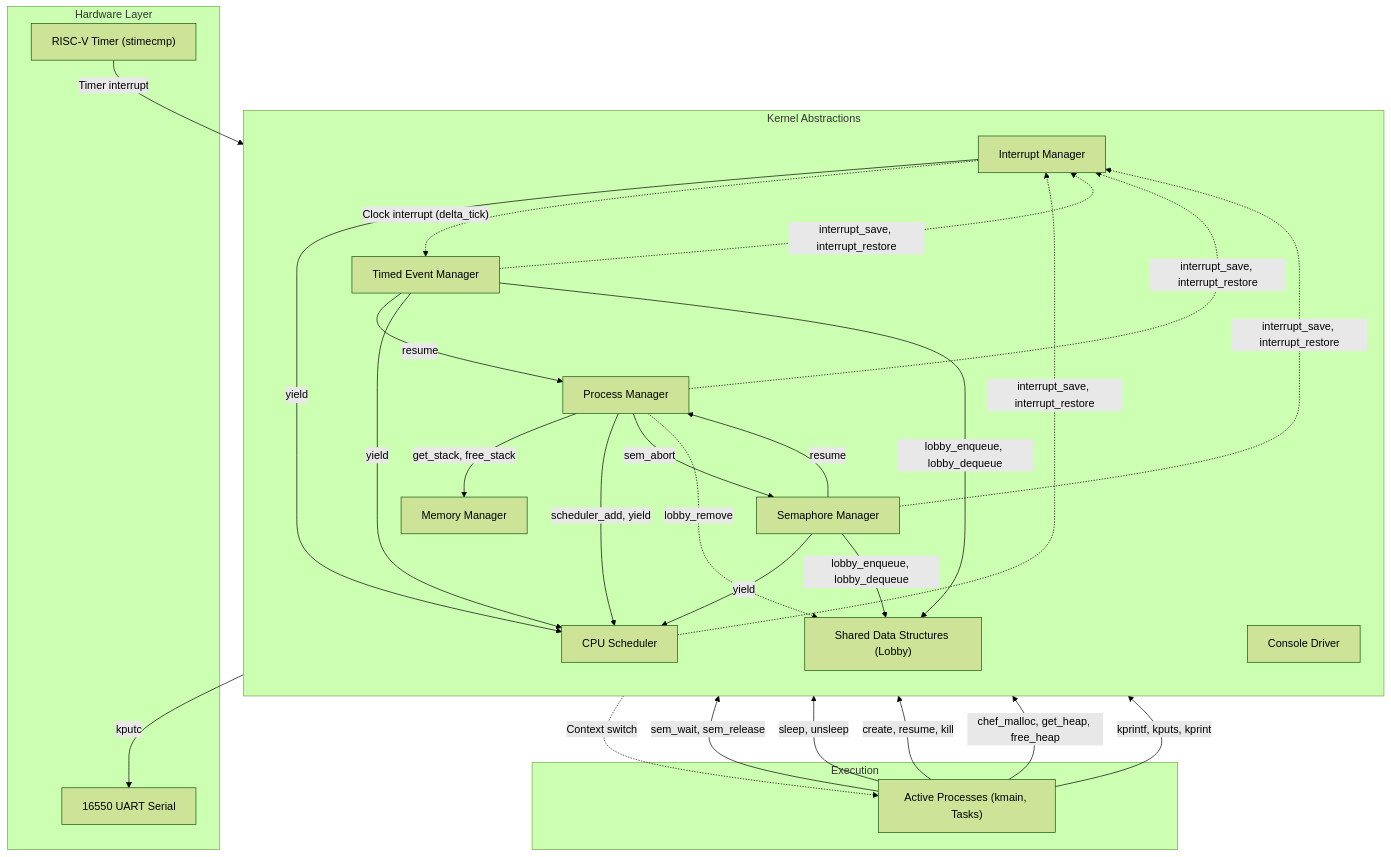
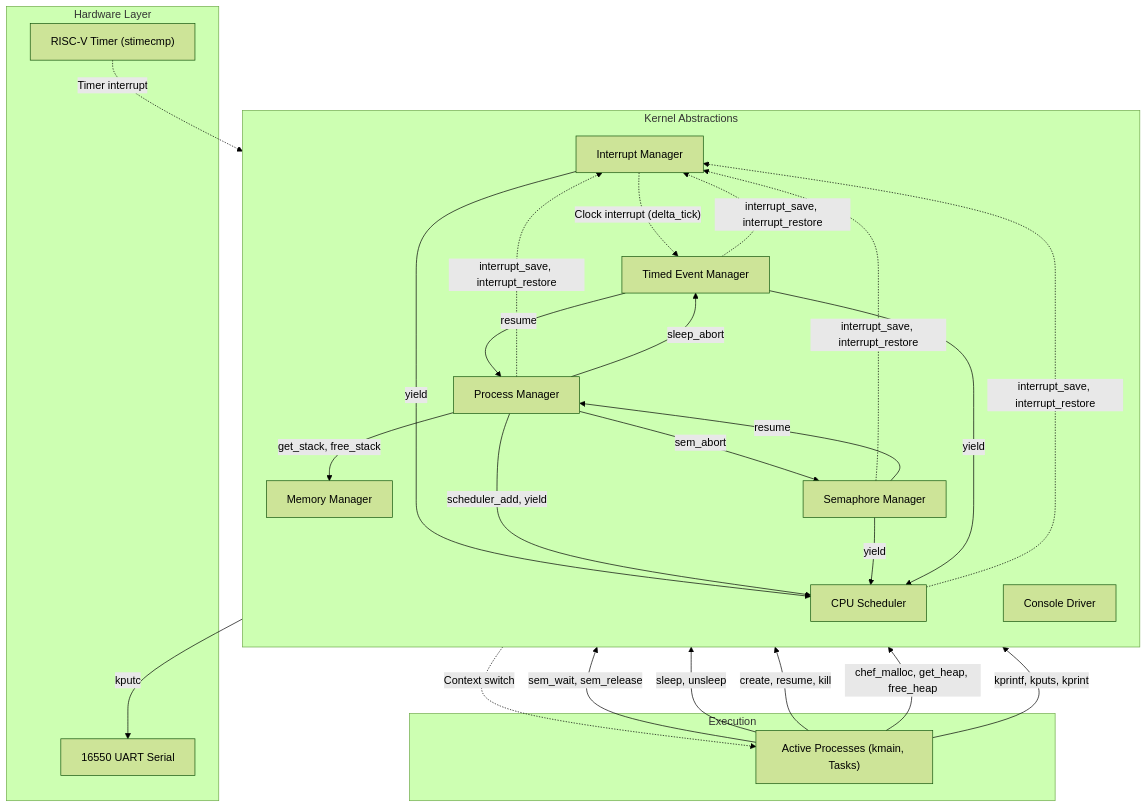
Before and after one commit to AtesIsf/Rio: the diagram in README.md, drawn with Mermaid (forest theme). The commit also changed other lines of this file, not shown here.

````diff
--- a/README.md
+++ b/README.md
@@ -194,61 +173,56 @@
 ```mermaid
 flowchart TD
     subgraph Hardware ["Hardware Layer"]
         HW_TIMER["RISC-V Timer (stimecmp)"]
         HW_UART["16550 UART Serial"]
     end
 
     subgraph Core ["Kernel Abstractions"]
         direction TB
         MEM["Memory Manager"]
         PROC["Process Manager"]
         INT["Interrupt Manager"]
         SCHED["CPU Scheduler"]
         SEM["Semaphore Manager"]
         TIMED["Timed Event Manager"]
         CONSOLE["Console Driver"]
-        DS["Shared Data Structures (Lobby)"]
     end
 
     subgraph Exec ["Execution"]
         TASKS["Active Processes (kmain, Tasks)"]
     end
 
     %% Preemption & Scheduling
-    HW_TIMER -->|"Timer interrupt"| INT
+    HW_TIMER -.->|"Timer interrupt"| INT
     INT -->|"yield"| SCHED
     SCHED -.->|"Context switch"| TASKS
 
     %% Concurrency & Critical Sections
     SCHED -.->|"interrupt_save, interrupt_restore"| INT
     PROC -.->|"interrupt_save, interrupt_restore"| INT
     SEM -.->|"interrupt_save, interrupt_restore"| INT
     TIMED -.->|"interrupt_save, interrupt_restore"| INT
 
     %% Process & Memory Interactions
     PROC -->|"get_stack, free_stack"| MEM
     PROC -->|"scheduler_add, yield"| SCHED
 
     %% Synchronization (Semaphores)
     TASKS -->|"sem_wait, sem_release"| SEM
     SEM -->|"resume"| PROC
     SEM -->|"yield"| SCHED
     PROC -->|"sem_abort"| SEM
 
     %% Timed Events & Sleep
     TASKS -->|"sleep, unsleep"| TIMED
     INT -.->|"Clock interrupt (delta_tick)"| TIMED
     TIMED -->|"resume"| PROC
     TIMED -->|"yield"| SCHED
-
-    %% Shared Kernel Data Structures
-    SEM -->|"lobby_enqueue, lobby_dequeue"| DS
-    TIMED -->|"lobby_enqueue, lobby_dequeue"| DS
-    PROC -.->|"lobby_remove"| DS
+    PROC -->|"sleep_abort"| TIMED
 
     %% Task Execution & I/O
     TASKS -->|"create, resume, kill"| PROC
     TASKS -->|"chef_malloc, get_heap, free_heap"| MEM
     TASKS -->|"kprintf, kputs, kprint"| CONSOLE
     CONSOLE -->|"kputc"| HW_UART
 ```
````
